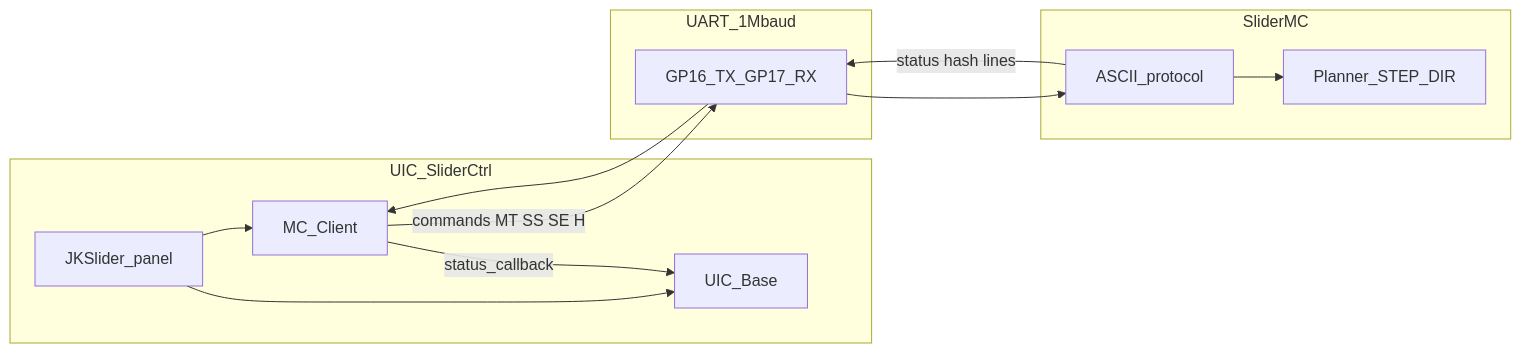
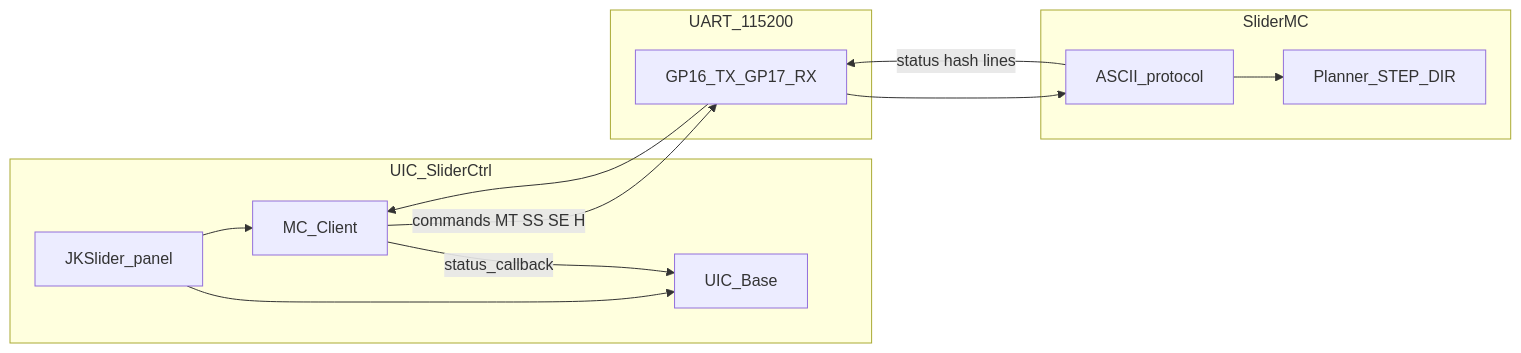
One commit to fablab-wue/SliderDoc changed the diagram in architecture/overview.md. Above: the diagram before and after it, drawn with Mermaid. The commit also changed other lines of this file and 21 other files, not shown here.

````diff
--- a/architecture/overview.md
+++ b/architecture/overview.md
@@ -180,23 +182,23 @@
 ```mermaid
 flowchart LR
   subgraph uic [UIC_SliderCtrl]
     Panel[JKSlider_panel]
     McClient[MC_Client]
     UiBase[UIC_Base]
     Panel --> McClient
     Panel --> UiBase
     McClient -->|"status_callback"| UiBase
   end
-  subgraph link [UART_1Mbaud]
+  subgraph link [UART_115200]
     TXRX["GP16_TX_GP17_RX"]
   end
   subgraph mc [SliderMC]
     Proto[ASCII_protocol]
     Plan[Planner_STEP_DIR]
     Proto --> Plan
   end
   McClient -->|"commands MT SS SE H"| TXRX
   TXRX --> Proto
   Proto -->|"status hash lines"| TXRX
   TXRX --> McClient
 ```
````
